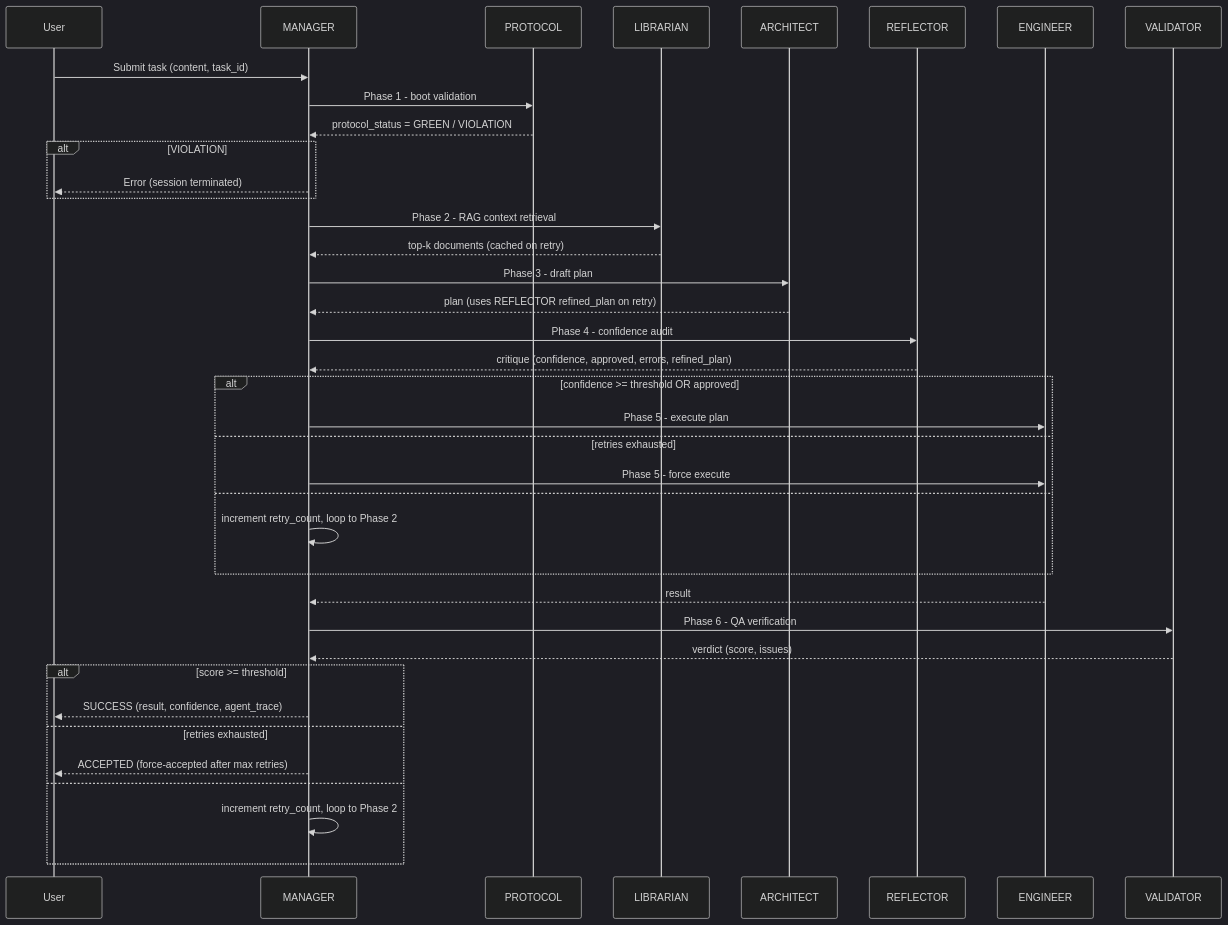
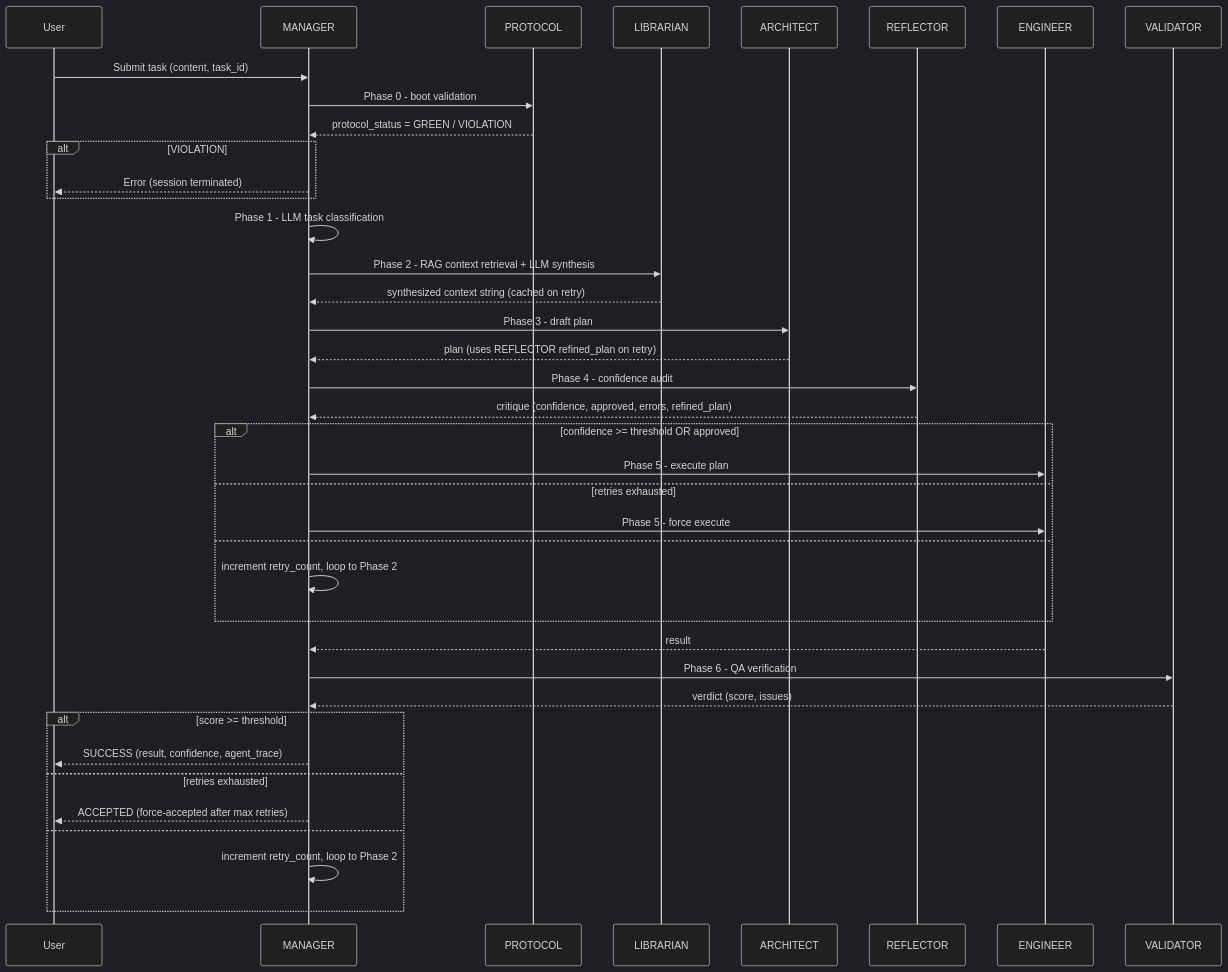
The second of 4 diagrams in README.md (cherubini-sam/agenticssdlc), drawn with Mermaid (dark theme) before and after one commit. The commit also changed other lines of this file and 96 other files, not shown here.

````diff
--- a/README.md
+++ b/README.md
@@ -130,46 +134,47 @@
 ```mermaid
 sequenceDiagram
     participant User
     participant MANAGER
     participant PROTOCOL
     participant LIBRARIAN
     participant ARCHITECT
     participant REFLECTOR
     participant ENGINEER
     participant VALIDATOR
 
     User->>MANAGER: Submit task (content, task_id)
-    MANAGER->>PROTOCOL: Phase 1 - boot validation
+    MANAGER->>PROTOCOL: Phase 0 - boot validation
     PROTOCOL-->>MANAGER: protocol_status = GREEN / VIOLATION
 
     alt VIOLATION
         MANAGER-->>User: Error (session terminated)
     end
 
-    MANAGER->>LIBRARIAN: Phase 2 - RAG context retrieval
-    LIBRARIAN-->>MANAGER: top-k documents (cached on retry)
+    MANAGER->>MANAGER: Phase 1 - LLM task classification
+    MANAGER->>LIBRARIAN: Phase 2 - RAG context retrieval + LLM synthesis
+    LIBRARIAN-->>MANAGER: synthesized context string (cached on retry)
     MANAGER->>ARCHITECT: Phase 3 - draft plan
     ARCHITECT-->>MANAGER: plan (uses REFLECTOR refined_plan on retry)
     MANAGER->>REFLECTOR: Phase 4 - confidence audit
     REFLECTOR-->>MANAGER: critique (confidence, approved, errors, refined_plan)
 
     alt confidence >= threshold OR approved
         MANAGER->>ENGINEER: Phase 5 - execute plan
     else retries exhausted
         MANAGER->>ENGINEER: Phase 5 - force execute
     else
         MANAGER->>MANAGER: increment retry_count, loop to Phase 2
     end
 
     ENGINEER-->>MANAGER: result
     MANAGER->>VALIDATOR: Phase 6 - QA verification
     VALIDATOR-->>MANAGER: verdict (score, issues)
 
     alt score >= threshold
         MANAGER-->>User: SUCCESS (result, confidence, agent_trace)
     else retries exhausted
         MANAGER-->>User: ACCEPTED (force-accepted after max retries)
     else
         MANAGER->>MANAGER: increment retry_count, loop to Phase 2
     end
 ```
````
